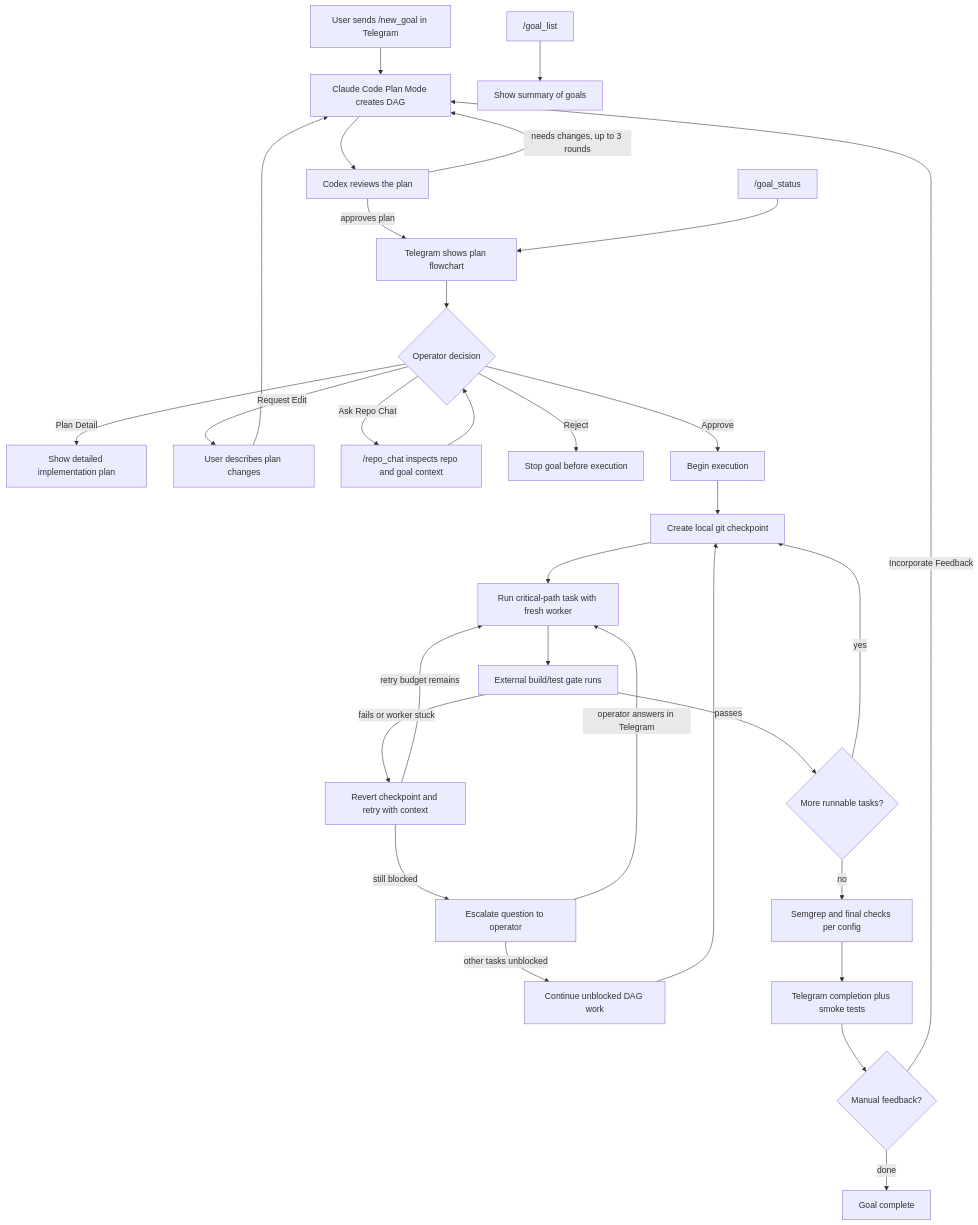
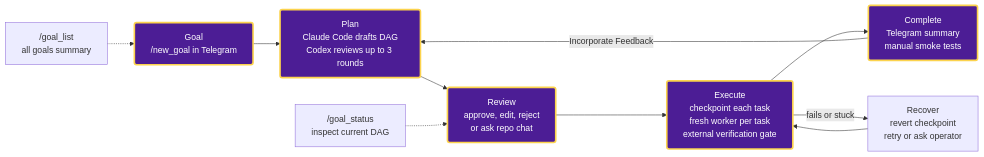
Before and after one commit to smithersbot/smithersbot: the diagram in README.md, drawn with Mermaid. The commit also changed other lines of this file, not shown here.

Commit message:
claw: replace-with-simple-lifecycle-diagram - Replaced the complex README Mermaid source with a simple flowchart LR li

````diff
--- a/README.md
+++ b/README.md
@@ -63,33 +63,15 @@
 ```mermaid
-flowchart TD
-  A[User sends /new_goal in Telegram] --> B[Claude Code Plan Mode creates DAG]
-  B --> C[Codex reviews the plan]
-  C -->|needs changes, up to 3 rounds| B
-  C -->|approves plan| D["Telegram shows plan flowchart"]
-  D --> E{Operator decision}
-  E -->|Plan Detail| F[Show detailed implementation plan]
-  E -->|Request Edit| G[User describes plan changes]
-  G --> B
-  E -->|Ask Repo Chat| H["/repo_chat inspects repo and goal context"]
-  H --> E
-  E -->|Reject| I[Stop goal before execution]
-  E -->|Approve| J[Begin execution]
-  J --> K[Create local git checkpoint]
-  K --> L[Run critical-path task with fresh worker]
-  L --> M[External build/test gate runs]
-  M -->|fails or worker stuck| N[Revert checkpoint and retry with context]
-  N -->|retry budget remains| L
-  N -->|still blocked| O[Escalate question to operator]
-  O -->|operator answers in Telegram| L
-  O -->|other tasks unblocked| P[Continue unblocked DAG work]
-  P --> K
-  M -->|passes| Q{More runnable tasks?}
-  Q -->|yes| K
-  Q -->|no| R[Semgrep and final checks per config]
-  R --> S[Telegram completion plus smoke tests]
-  S --> T{Manual feedback?}
-  T -->|Incorporate Feedback| B
-  T -->|done| U[Goal complete]
-  V["/goal_status"] --> D
-  W["/goal_list"] --> X[Show summary of goals]
+flowchart LR
+  A["Goal<br/>/new_goal in Telegram"] --> B["Plan<br/>Claude Code drafts DAG<br/>Codex reviews up to 3 rounds"]
+  B --> C["Review<br/>approve, edit, reject<br/>or ask repo chat"]
+  C --> D["Execute<br/>checkpoint each task<br/>fresh worker per task<br/>external verification gate"]
+  D --> E["Complete<br/>Telegram summary<br/>manual smoke tests"]
+  D -->|fails or stuck| F["Recover<br/>revert checkpoint<br/>retry or ask operator"]
+  F --> D
+  E -->|Incorporate Feedback| B
+  G["/goal_status<br/>inspect current DAG"] -.-> C
+  H["/goal_list<br/>all goals summary"] -.-> A
+
+  classDef spine fill:#4C1D95,stroke:#FCD34D,stroke-width:3px,color:#FFF,rx:4,ry:4;
+  class A,B,C,D,E spine;
 ```
````
